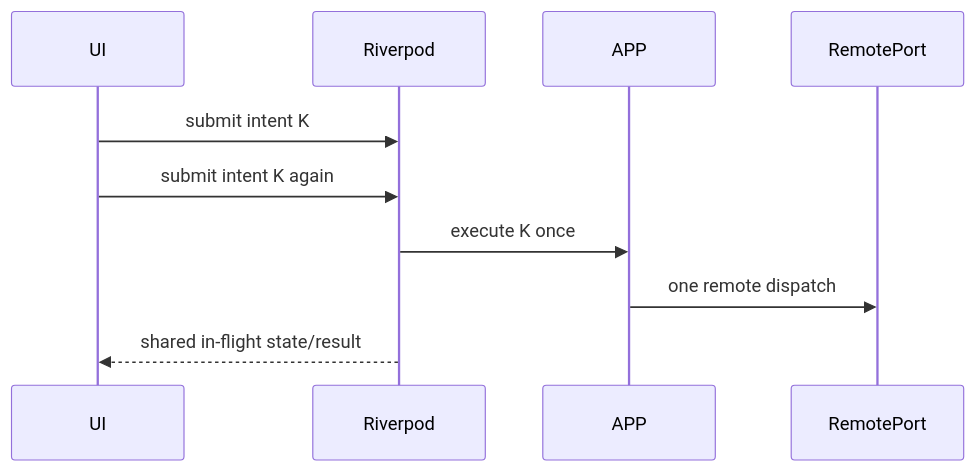
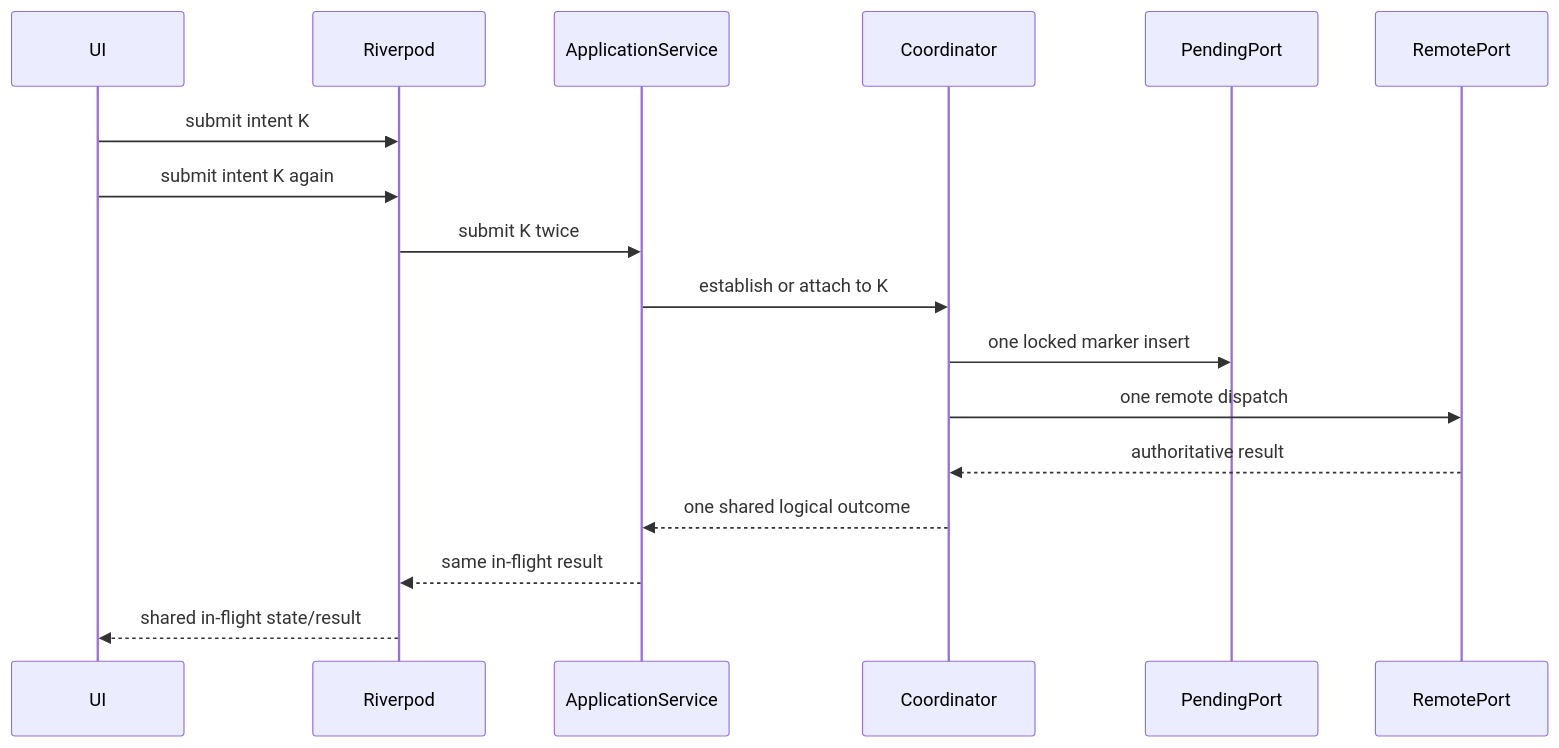
Diagram 12 of 12 in docs/core/14_shared_pack_application_ui_test_contract_v1.md (happybanxlala/reminder_app), drawn with Mermaid before and after one commit. The commit also changed other lines of this file, not shown here.

First line of the commit message:
docs(shared-packs): reconcile Phase 1f gate contracts

````diff
--- a/docs/core/14_shared_pack_application_ui_test_contract_v1.md
+++ b/docs/core/14_shared_pack_application_ui_test_contract_v1.md
@@ -1157,12 +1252,19 @@
 ```mermaid
 sequenceDiagram
   participant UI
   participant RP as Riverpod
-  participant APP
+  participant APP as ApplicationService
+  participant COORD as Coordinator
+  participant PEND as PendingPort
   participant REM as RemotePort
   UI->>RP: submit intent K
   UI->>RP: submit intent K again
-  RP->>APP: execute K once
-  APP->>REM: one remote dispatch
+  RP->>APP: submit K twice
+  APP->>COORD: establish or attach to K
+  COORD->>PEND: one locked marker insert
+  COORD->>REM: one remote dispatch
+  REM-->>COORD: authoritative result
+  COORD-->>APP: one shared logical outcome
+  APP-->>RP: same in-flight result
   RP-->>UI: shared in-flight state/result
 ```
````
